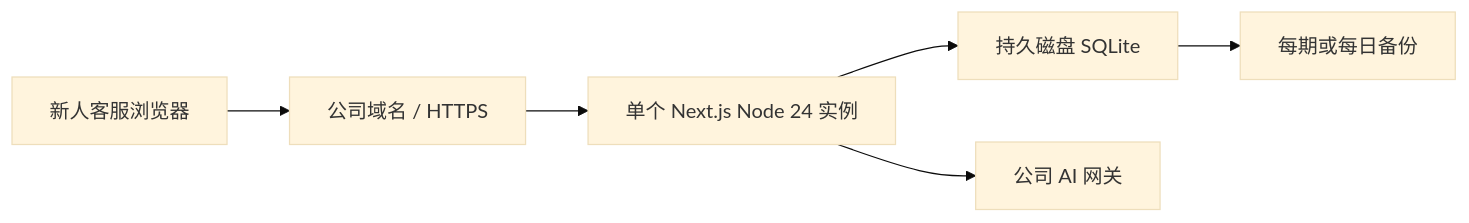
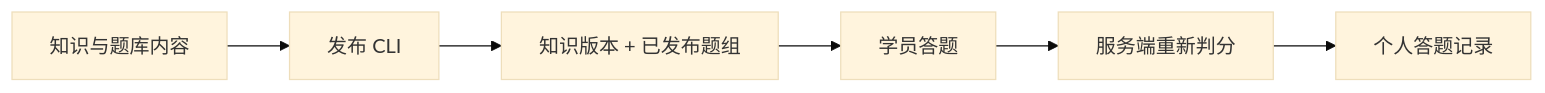
Before and after one commit to JzzzX/ai-customer-service-training: the fourth of 5 diagrams in README.md, drawn with Mermaid (base theme). The commit also changed other lines of this file, not shown here.

````diff
--- a/README.md
+++ b/README.md
@@ -56,8 +126,8 @@
 ```mermaid
 flowchart LR
-  Learner["新人客服浏览器"] --> Web["公司域名 / HTTPS"]
-  Web --> App["单个 Next.js Node 24 实例"]
-  App --> DB["持久磁盘 SQLite"]
-  App --> AI["公司 AI 网关"]
-  DB --> Backup["每期或每日备份"]
+  Content["知识与题库内容"] --> Publish["发布 CLI"]
+  Publish --> Version["知识版本 + 已发布题组"]
+  Version --> Quiz["学员答题"]
+  Quiz --> Server["服务端重新判分"]
+  Server --> History["个人答题记录"]
 ```
````
